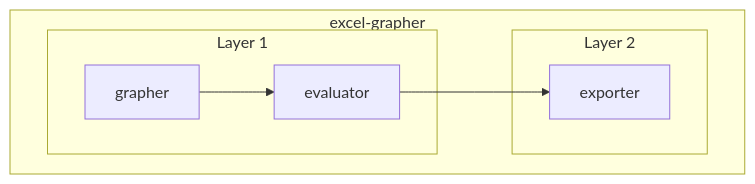
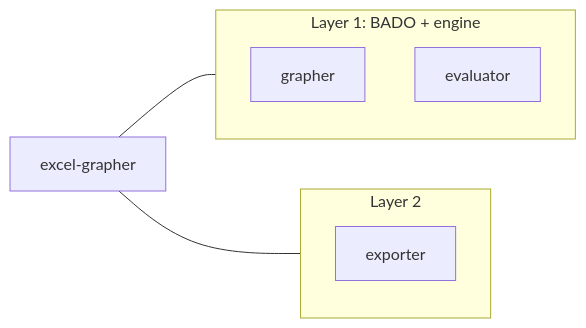
Before and after one commit to Teal-Insights/lic-dsf-programmatic-extraction: the eighth of 8 diagrams in docs/pipeline-explainer/outline.md, drawn with Mermaid. The commit also changed other lines of this file and 1 other file, not shown here.

````diff
--- a/docs/pipeline-explainer/outline.md
+++ b/docs/pipeline-explainer/outline.md
@@ -149,14 +144,13 @@
 ```mermaid
-flowchart TB
-  subgraph excel_grapher["excel-grapher"]
-    subgraph layer1["Layer 1"]
-      grapher["grapher"]
-      evaluator["evaluator"]
+flowchart LR
+    excel_grapher["excel-grapher"]
+    subgraph layer1["Layer 1: BADO + engine"]
+        grapher["grapher"]
+        evaluator["evaluator"]
     end
     subgraph layer2["Layer 2"]
-      exporter["exporter"]
+        exporter
     end
-  end
-  grapher --> evaluator
-  evaluator --> exporter
+    excel_grapher --- layer1
+    excel_grapher --- layer2
 ```
````
